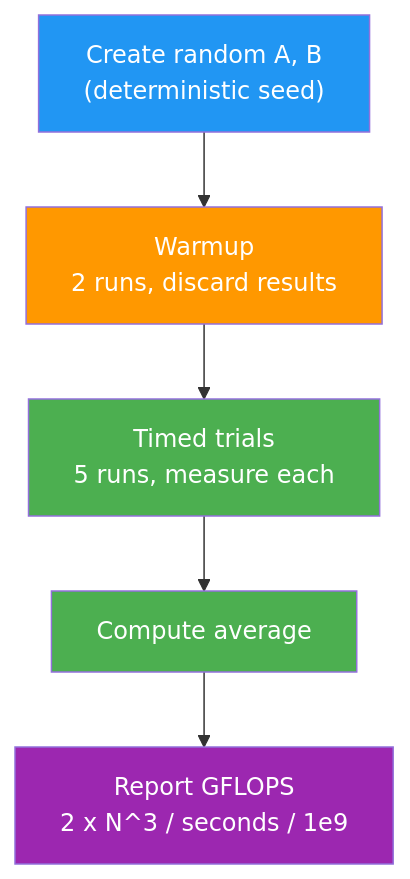
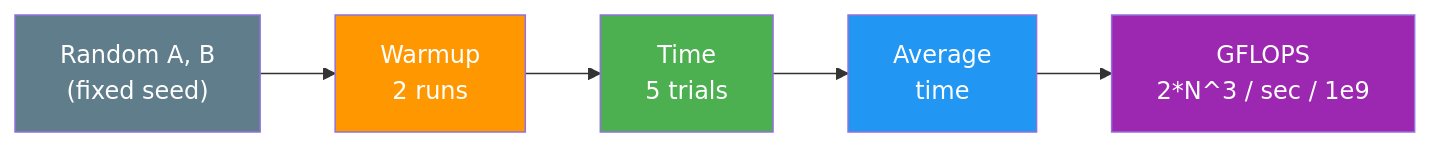
One commit to shamykyzer/ml-kernel-runtime changed the seventh of 8 diagrams in README.md. Above: the diagram before and after it, drawn with Mermaid. The commit also changed other lines of this file, not shown here.

Commit message:
better README.md layout with diagrams and explanation

````diff
--- a/README.md
+++ b/README.md
@@ -181,17 +198,15 @@
 ```mermaid
-flowchart TD
-    A["Create random A, B
-    (deterministic seed)"] --> B["Warmup
-    2 runs, discard results"]
-    B --> C["Timed trials
-    5 runs, measure each"]
-    C --> D["Compute average"]
-    D --> E["Report GFLOPS
-    2 x N^3 / seconds / 1e9"]
+flowchart LR
+    A["Random A, B
+    (fixed seed)"] --> B["Warmup
+    2 runs"] --> C["Time
+    5 trials"] --> D["Average
+    time"] --> E["GFLOPS
+    2*N^3 / sec / 1e9"]
 
-    style A fill:#2196F3,color:#fff
+    style A fill:#607D8B,color:#fff
     style B fill:#FF9800,color:#fff
     style C fill:#4CAF50,color:#fff
-    style D fill:#4CAF50,color:#fff
+    style D fill:#2196F3,color:#fff
     style E fill:#9C27B0,color:#fff
 ```
````
